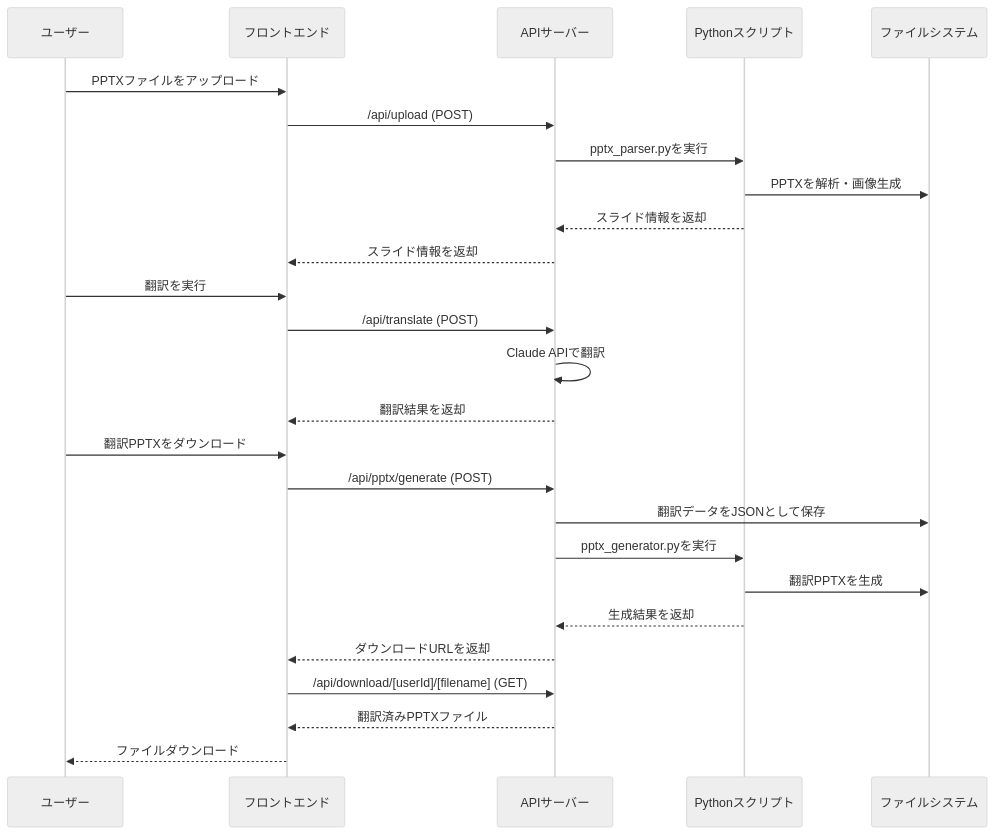
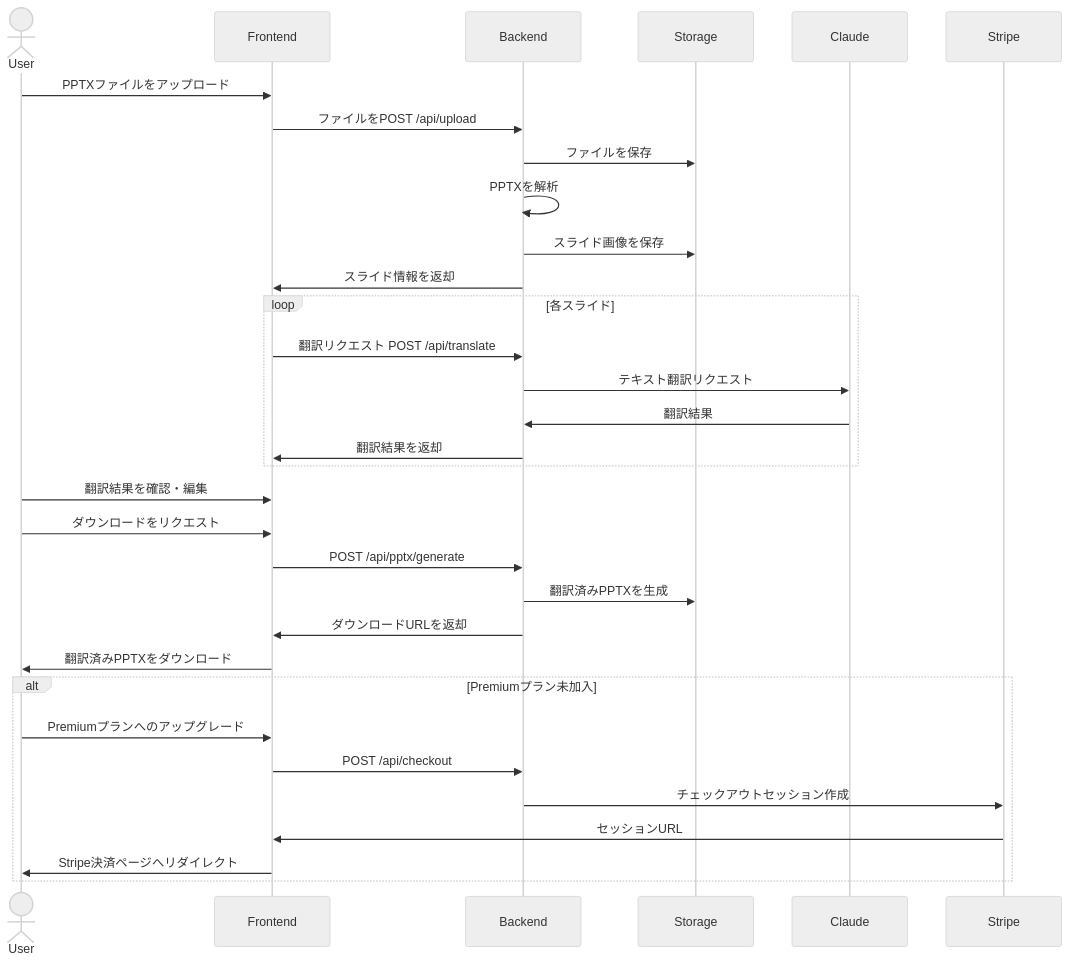
The first of 2 diagrams in Docs/sequence.md (YusukeTsunoda/ppttranslatorapp), drawn with Mermaid (neutral theme) before and after one commit. The commit also changed other lines of this file and 35 other files, not shown here.

````diff
--- a/Docs/sequence.md
+++ b/Docs/sequence.md
@@ -1,31 +5,38 @@
 ```mermaid
 sequenceDiagram
-    participant User as ユーザー
-    participant Frontend as フロントエンド
-    participant API as APIサーバー
-    participant Python as Pythonスクリプト
-    participant FileSystem as ファイルシステム
+    actor User
+    participant Frontend
+    participant Backend
+    participant Storage
+    participant Claude
+    participant Stripe
 
     User->>Frontend: PPTXファイルをアップロード
-    Frontend->>API: /api/upload (POST)
-    API->>Python: pptx_parser.pyを実行
-    Python->>FileSystem: PPTXを解析・画像生成
-    Python-->>API: スライド情報を返却
-    API-->>Frontend: スライド情報を返却
+    Frontend->>Backend: ファイルをPOST /api/upload
+    Backend->>Storage: ファイルを保存
+    Backend->>Backend: PPTXを解析
+    Backend->>Storage: スライド画像を保存
+    Backend->>Frontend: スライド情報を返却
 
-    User->>Frontend: 翻訳を実行
-    Frontend->>API: /api/translate (POST)
-    API->>API: Claude APIで翻訳
-    API-->>Frontend: 翻訳結果を返却
+    loop 各スライド
+        Frontend->>Backend: 翻訳リクエスト POST /api/translate
+        Backend->>Claude: テキスト翻訳リクエスト
+        Claude->>Backend: 翻訳結果
+        Backend->>Frontend: 翻訳結果を返却
+    end
 
-    User->>Frontend: 翻訳PPTXをダウンロード
-    Frontend->>API: /api/pptx/generate (POST)
-    API->>FileSystem: 翻訳データをJSONとして保存
-    API->>Python: pptx_generator.pyを実行
-    Python->>FileSystem: 翻訳PPTXを生成
-    Python-->>API: 生成結果を返却
-    API-->>Frontend: ダウンロードURLを返却
-    Frontend->>API: /api/download/[userId]/[filename] (GET)
-    API-->>Frontend: 翻訳済みPPTXファイル
-    Frontend-->>User: ファイルダウンロード
-``` 
+    User->>Frontend: 翻訳結果を確認・編集
+    User->>Frontend: ダウンロードをリクエスト
+    Frontend->>Backend: POST /api/pptx/generate
+    Backend->>Storage: 翻訳済みPPTXを生成
+    Backend->>Frontend: ダウンロードURLを返却
+    Frontend->>User: 翻訳済みPPTXをダウンロード
+
+    alt Premiumプラン未加入
+        User->>Frontend: Premiumプランへのアップグレード
+        Frontend->>Backend: POST /api/checkout
+        Backend->>Stripe: チェックアウトセッション作成
+        Stripe->>Frontend: セッションURL
+        Frontend->>User: Stripe決済ページへリダイレクト
+    end
+```
````
